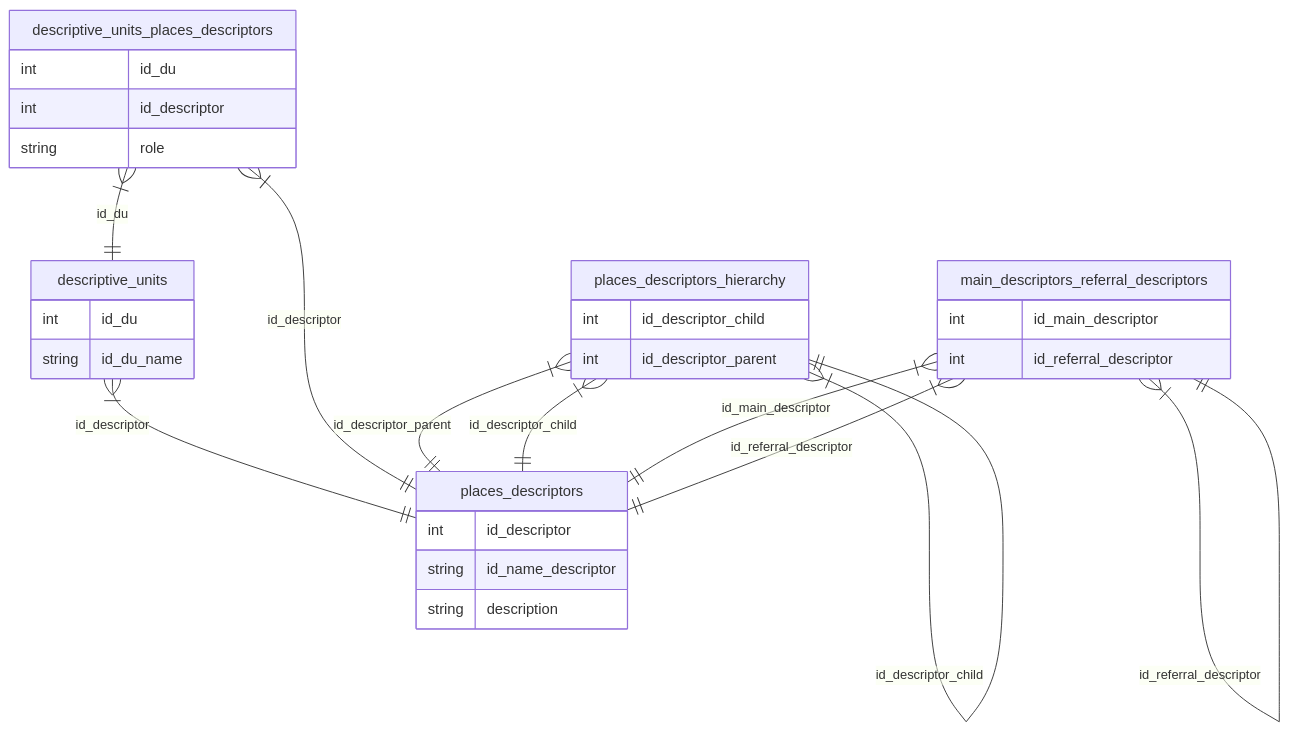
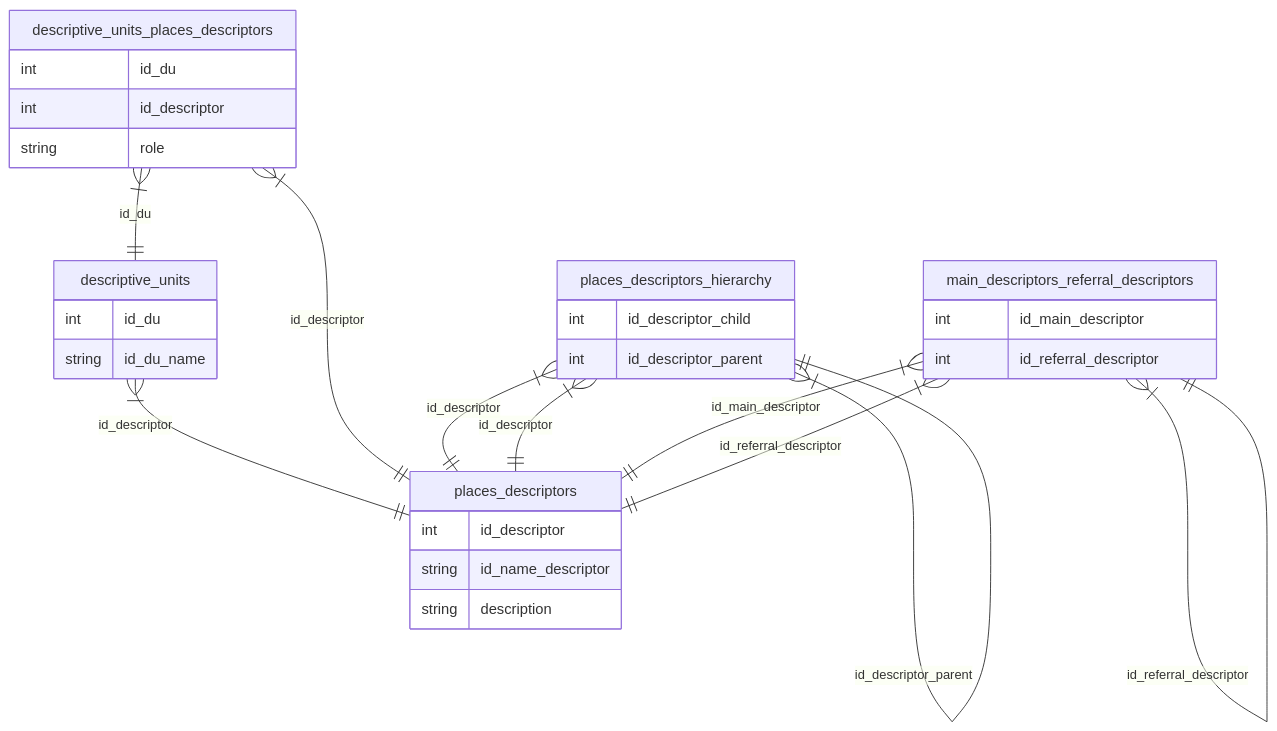
Before and after one commit to burgerbibliothek/glamhack26: the diagram in data/README.md, drawn with Mermaid. The commit also changed other lines of this file, not shown here.

````diff
--- a/data/README.md
+++ b/data/README.md
@@ -7,34 +8,34 @@
 ```mermaid
 erDiagram
     descriptive_units }|--|| places_descriptors : id_descriptor
     descriptive_units_places_descriptors }|--|| descriptive_units : id_du
     descriptive_units_places_descriptors }|--|| places_descriptors : id_descriptor
-    places_descriptors_hierarchy }|--|| places_descriptors : id_descriptor_parent
-    places_descriptors_hierarchy }|--|| places_descriptors : id_descriptor_child
-    places_descriptors_hierarchy }|--|| places_descriptors_hierarchy : id_descriptor_child
+    places_descriptors_hierarchy }|--|| places_descriptors : id_descriptor
+    places_descriptors_hierarchy }|--|| places_descriptors : id_descriptor
+    places_descriptors_hierarchy }|--|| places_descriptors_hierarchy : id_descriptor_parent
     main_descriptors_referral_descriptors }|--|| places_descriptors : id_main_descriptor
     main_descriptors_referral_descriptors }|--|| places_descriptors : id_referral_descriptor
     main_descriptors_referral_descriptors }|--|| main_descriptors_referral_descriptors : id_referral_descriptor
     descriptive_units {
         int id_du
         string id_du_name
     }
     descriptive_units_places_descriptors {
         int id_du
         int id_descriptor
         string role
     }
     places_descriptors {
         int id_descriptor
         string id_name_descriptor
         string description
     }
     main_descriptors_referral_descriptors{
         int id_main_descriptor
         int id_referral_descriptor
     }
     places_descriptors_hierarchy{
         int id_descriptor_child
         int id_descriptor_parent
     }
 ```
````
